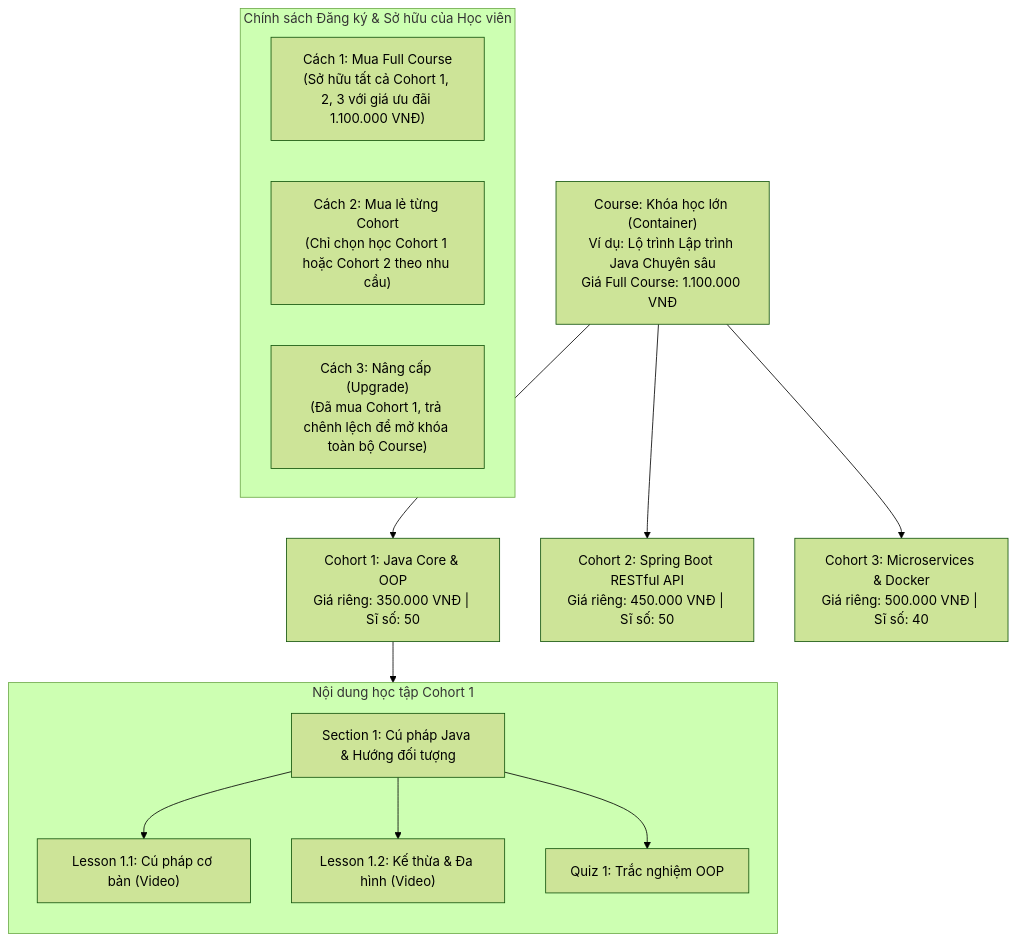
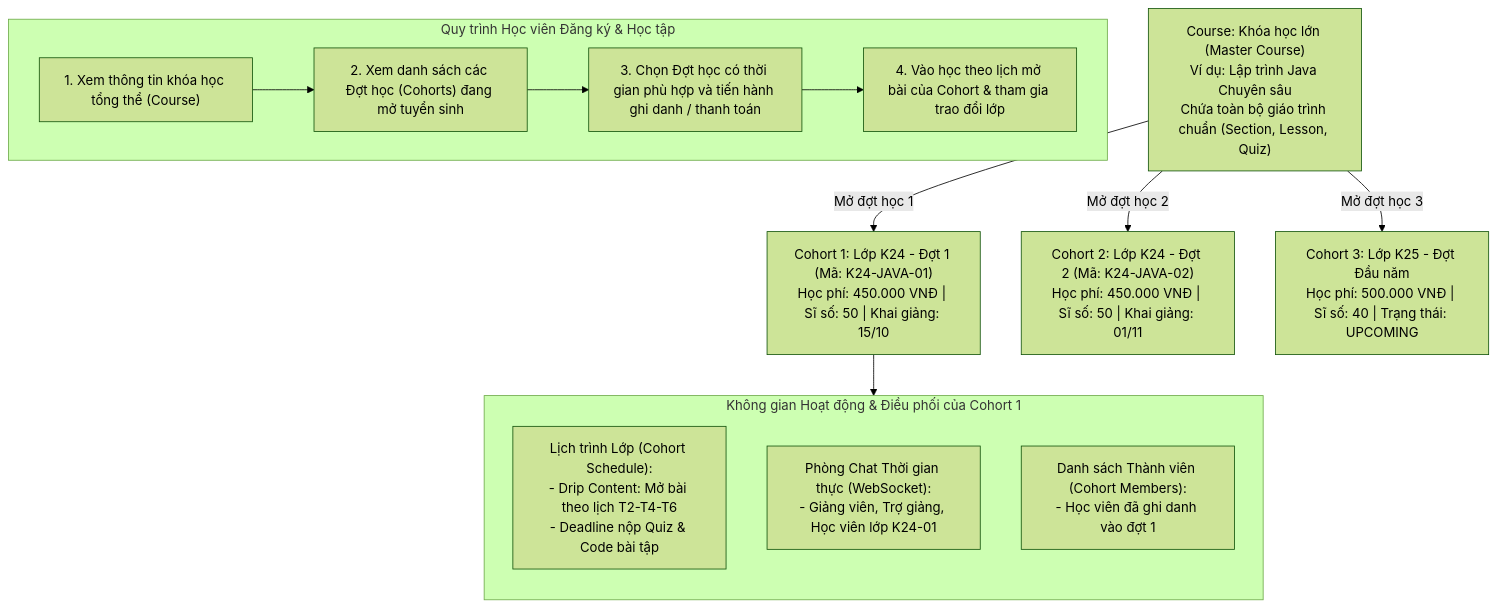
Before and after one commit to TienNguyen23-12/utelearn-platform: the first of 3 diagrams in utelearn/docs/usecases/UC08_QuanLyLopHocDot.md, drawn with Mermaid (forest theme). The commit also changed other lines of this file and 17 other files, not shown here.

Commit message:
feat(cohort): support individual cohort and full course enrollment

````diff
--- a/utelearn/docs/usecases/UC08_QuanLyLopHocDot.md
+++ b/utelearn/docs/usecases/UC08_QuanLyLopHocDot.md
@@ -5,24 +5,25 @@
 ```mermaid
 graph TD
-    Course["Course: Khóa học lớn (Container)<br/>Ví dụ: Lộ trình Lập trình Java Chuyên sâu<br/>Giá Full Course: 1.100.000 VNĐ"]
+    Course["Course: Khóa học lớn (Master Course)<br/>Ví dụ: Lập trình Java Chuyên sâu<br/>Chứa toàn bộ giáo trình chuẩn (Section, Lesson, Quiz)"]
 
-    Course --> Cohort1["Cohort 1: Java Core & OOP<br/>Giá riêng: 350.000 VNĐ | Sĩ số: 50"]
-    Course --> Cohort2["Cohort 2: Spring Boot RESTful API<br/>Giá riêng: 450.000 VNĐ | Sĩ số: 50"]
-    Course --> Cohort3["Cohort 3: Microservices & Docker<br/>Giá riêng: 500.000 VNĐ | Sĩ số: 40"]
+    Course -->|"Mở đợt học 1"| Cohort1["Cohort 1: Lớp K24 - Đợt 1 (Mã: K24-JAVA-01)<br/>Học phí: 450.000 VNĐ | Sĩ số: 50 | Khai giảng: 15/10"]
+    Course -->|"Mở đợt học 2"| Cohort2["Cohort 2: Lớp K24 - Đợt 2 (Mã: K24-JAVA-02)<br/>Học phí: 450.000 VNĐ | Sĩ số: 50 | Khai giảng: 01/11"]
+    Course -->|"Mở đợt học 3"| Cohort3["Cohort 3: Lớp K25 - Đợt Đầu năm<br/>Học phí: 500.000 VNĐ | Sĩ số: 40 | Trạng thái: UPCOMING"]
 
-    subgraph C1_Content["Nội dung học tập Cohort 1"]
+    subgraph C1_Operations["Không gian Hoạt động & Điều phối của Cohort 1"]
         direction TB
-        Sec1["Section 1: Cú pháp Java & Hướng đối tượng"]
-        Sec1 --> Les1["Lesson 1.1: Cú pháp cơ bản (Video)"]
-        Sec1 --> Les2["Lesson 1.2: Kế thừa & Đa hình (Video)"]
-        Sec1 --> Quiz1["Quiz 1: Trắc nghiệm OOP"]
+        Sched["Lịch trình Lớp (Cohort Schedule):<br/>- Drip Content: Mở bài theo lịch T2-T4-T6<br/>- Deadline nộp Quiz & Code bài tập"]
+        Chat["Phòng Chat Thời gian thực (WebSocket):<br/>- Giảng viên, Trợ giảng, Học viên lớp K24-01"]
+        Members["Danh sách Thành viên (Cohort Members):<br/>- Học viên đã ghi danh vào đợt 1"]
     end
 
-    Cohort1 --> C1_Content
+    Cohort1 --> C1_Operations
 
-    subgraph StudentOptions["Chính sách Đăng ký & Sở hữu của Học viên"]
-        Opt1["Cách 1: Mua Full Course<br/>(Sở hữu tất cả Cohort 1, 2, 3 với giá ưu đãi 1.100.000 VNĐ)"]
-        Opt2["Cách 2: Mua lẻ từng Cohort<br/>(Chỉ chọn học Cohort 1 hoặc Cohort 2 theo nhu cầu)"]
-        Opt3["Cách 3: Nâng cấp (Upgrade)<br/>(Đã mua Cohort 1, trả chênh lệch để mở khóa toàn bộ Course)"]
+    subgraph StudentFlow["Quy trình Học viên Đăng ký & Học tập"]
+        Step1["1. Xem thông tin khóa học tổng thể (Course)"]
+        Step2["2. Xem danh sách các Đợt học (Cohorts) đang mở tuyển sinh"]
+        Step3["3. Chọn Đợt học có thời gian phù hợp và tiến hành ghi danh / thanh toán"]
+        Step4["4. Vào học theo lịch mở bài của Cohort & tham gia trao đổi lớp"]
+        Step1 --> Step2 --> Step3 --> Step4
     end
 ```
````
